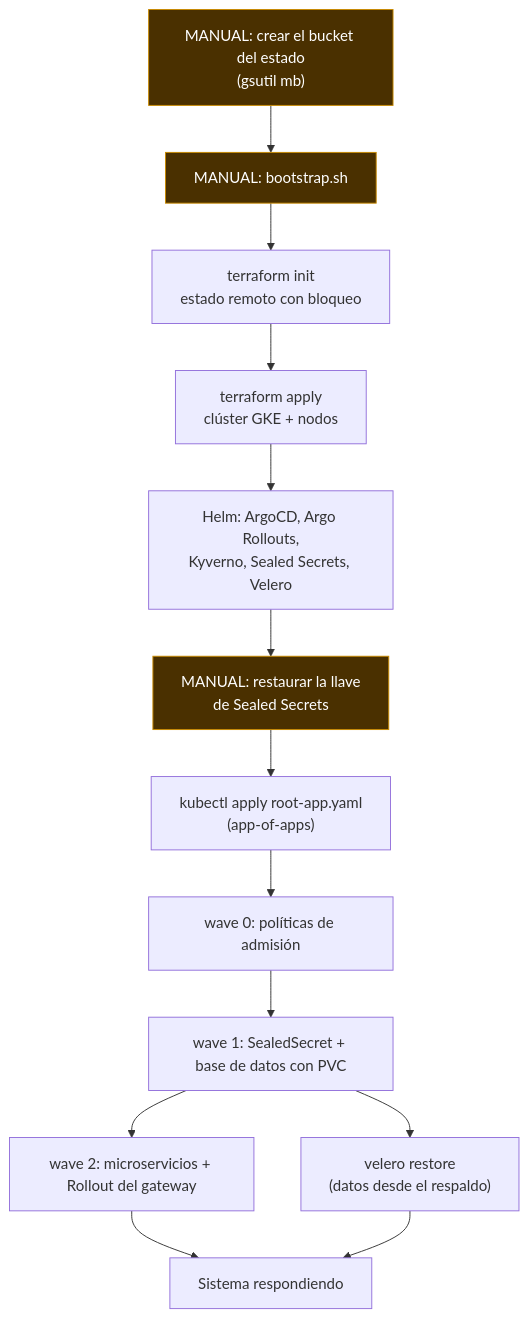
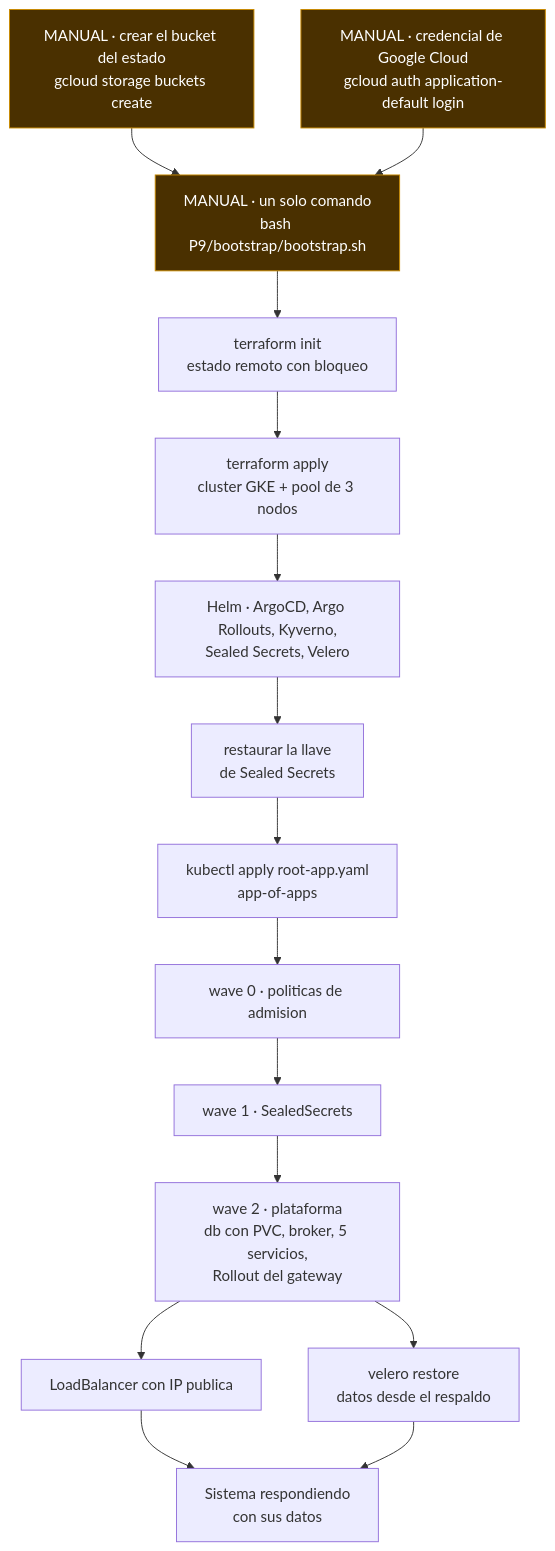
The diagram in P9/DIAGRAMA.md (susanpamela2520/Pr-cticas-SA-B-201612218), drawn with Mermaid before and after one commit. The commit also changed other lines of this file, not shown here.

Commit message:
P9: diagrama del bootstrap

````diff
--- a/P9/DIAGRAMA.md
+++ b/P9/DIAGRAMA.md
@@ -6,21 +6,28 @@
 ```mermaid
 flowchart TD
-    A["MANUAL: crear el bucket del estado<br/>(gsutil mb)"]:::manual
-    B["MANUAL: bootstrap.sh"]:::manual
-    C["terraform init<br/>estado remoto con bloqueo"]
-    D["terraform apply<br/>clúster GKE + nodos"]
-    E["Helm: ArgoCD, Argo Rollouts,<br/>Kyverno, Sealed Secrets, Velero"]
-    F["MANUAL: restaurar la llave<br/>de Sealed Secrets"]:::manual
-    G["kubectl apply root-app.yaml<br/>(app-of-apps)"]
-    H["wave 0: políticas de admisión"]
-    I["wave 1: SealedSecret + base de datos con PVC"]
-    J["wave 2: microservicios + Rollout del gateway"]
-    K["velero restore<br/>(datos desde el respaldo)"]
-    L["Sistema respondiendo"]
+    A["MANUAL · crear el bucket del estado<br/>gcloud storage buckets create"]:::manual
+    B["MANUAL · credencial de Google Cloud<br/>gcloud auth application-default login"]:::manual
+    C["MANUAL · un solo comando<br/>bash P9/bootstrap/bootstrap.sh"]:::manual
 
-    A --> B --> C --> D --> E --> F --> G
-    G --> H --> I --> J --> L
-    I --> K --> L
+    D["terraform init<br/>estado remoto con bloqueo"]
+    E["terraform apply<br/>cluster GKE + pool de 3 nodos"]
+    F["Helm · ArgoCD, Argo Rollouts, Kyverno,<br/>Sealed Secrets, Velero"]
+    G["restaurar la llave<br/>de Sealed Secrets"]
+    H["kubectl apply root-app.yaml<br/>app-of-apps"]
+
+    I["wave 0 · politicas de admision"]
+    J["wave 1 · SealedSecrets"]
+    K["wave 2 · plataforma<br/>db con PVC, broker, 5 servicios,<br/>Rollout del gateway"]
+    L["LoadBalancer con IP publica"]
+
+    M["velero restore<br/>datos desde el respaldo"]
+    N["Sistema respondiendo<br/>con sus datos"]
+
+    A --> C
+    B --> C
+    C --> D --> E --> F --> G --> H
+    H --> I --> J --> K --> L --> N
+    K --> M --> N
 
     classDef manual fill:#4a3000,stroke:#c98a00,color:#fff
 ```
````
